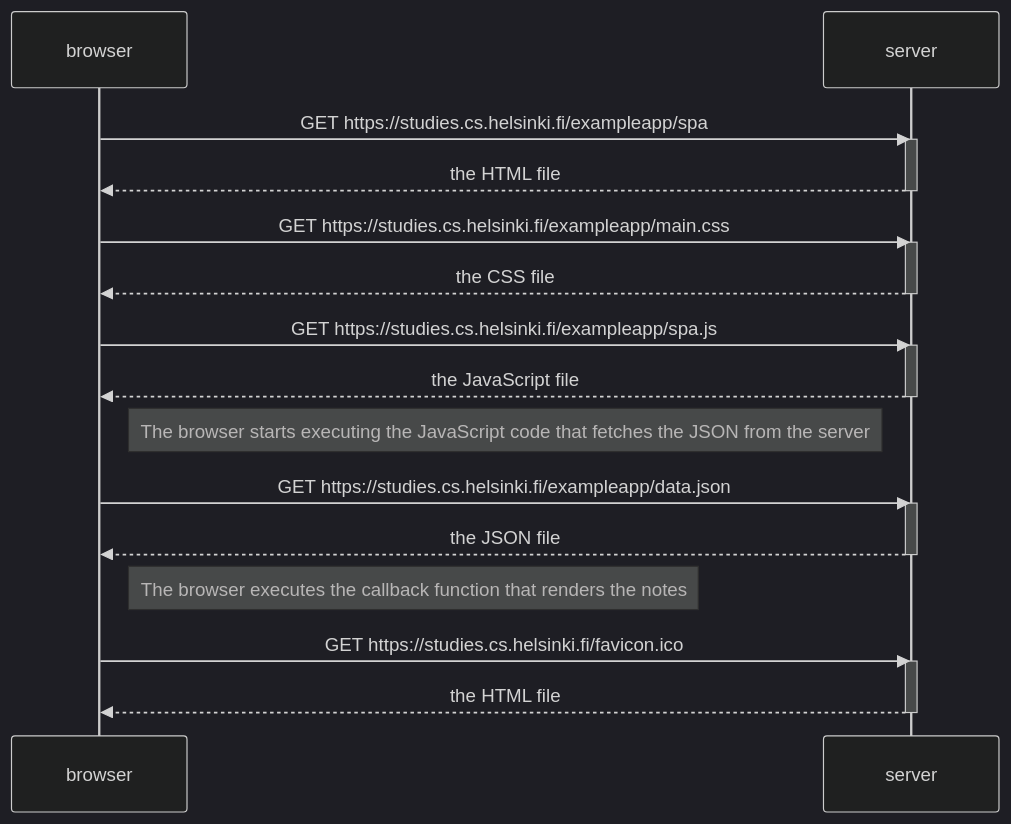
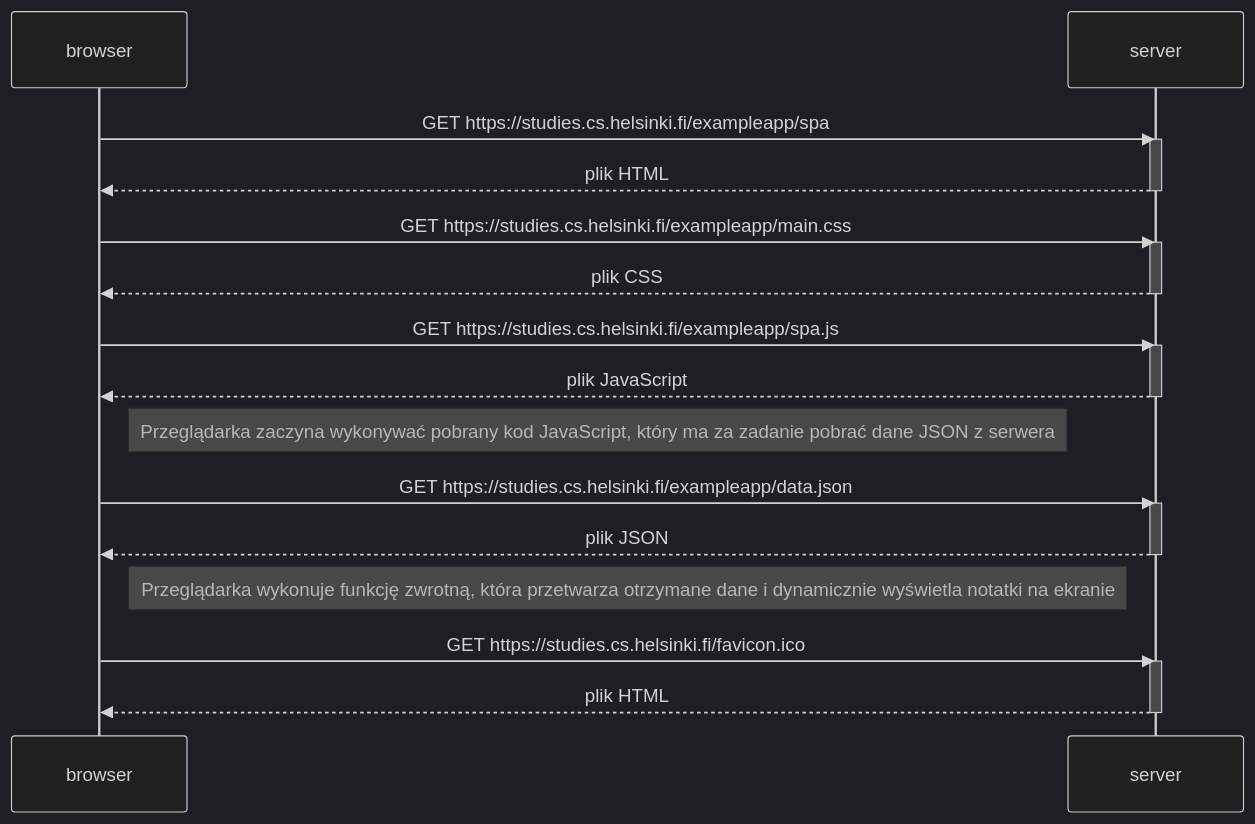
Before and after one commit to 3bartekk/fullstackKB: the diagram in part0/zadanie0.5.md, drawn with Mermaid (dark theme).

````diff
--- a/part0/zadanie0.5.md
+++ b/part0/zadanie0.5.md
@@ -1,34 +1,34 @@
 ```mermaid
 sequenceDiagram
 participant browser
 participant server
 
     browser->>server: GET https://studies.cs.helsinki.fi/exampleapp/spa
     activate server
-    server-->>browser: the HTML file
+    server-->>browser: plik HTML
     deactivate server
 
     browser->>server: GET https://studies.cs.helsinki.fi/exampleapp/main.css
     activate server
-    server-->>browser: the CSS file
+    server-->>browser: plik CSS
     deactivate server
 
     browser->>server: GET https://studies.cs.helsinki.fi/exampleapp/spa.js
     activate server
-    server-->>browser: the JavaScript file
+    server-->>browser: plik JavaScript
     deactivate server
 
-    Note right of browser: The browser starts executing the JavaScript code that fetches the JSON from the server
+    Note right of browser: Przeglądarka zaczyna wykonywać pobrany kod JavaScript, który ma za zadanie pobrać dane JSON z serwera
 
     browser->>server: GET https://studies.cs.helsinki.fi/exampleapp/data.json
     activate server
-    server-->>browser: the JSON file
+    server-->>browser: plik JSON
     deactivate server
 
-    Note right of browser: The browser executes the callback function that renders the notes
+    Note right of browser: Przeglądarka wykonuje funkcję zwrotną, która przetwarza otrzymane dane i dynamicznie wyświetla notatki na ekranie
 
     browser->>server: GET https://studies.cs.helsinki.fi/favicon.ico
     activate server
-    server-->>browser: the HTML file
+    server-->>browser: plik HTML
     deactivate server
 ```
````
